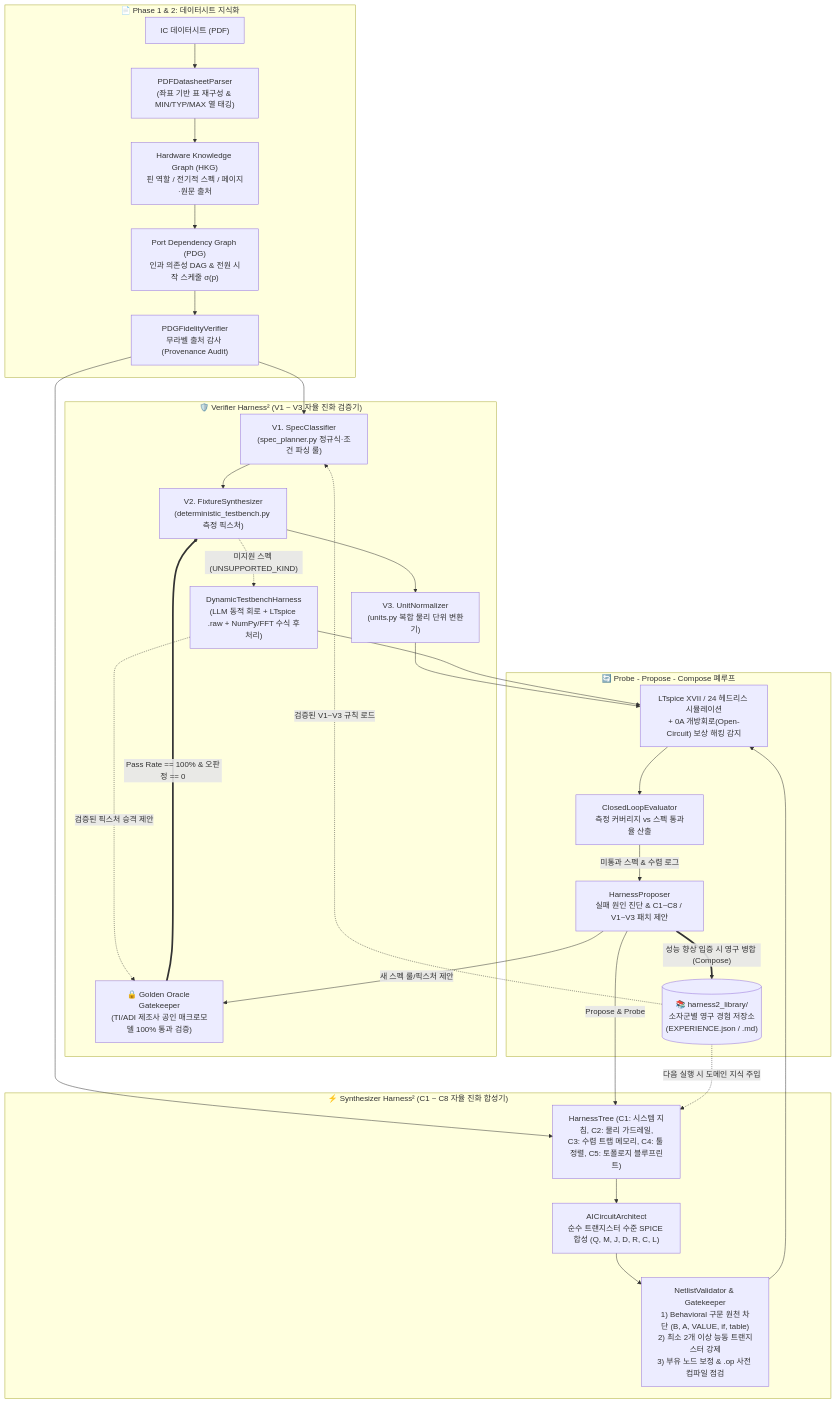
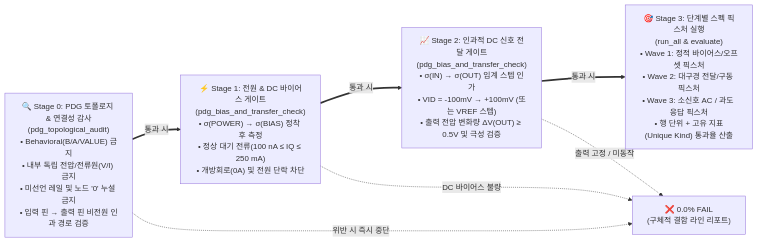
One commit to eethsc/analogverifier changed the diagram in README.md. Above: the diagram before and after it, drawn with Mermaid. The commit also changed other lines of this file and 5 other files, not shown here.

Commit message:
feat(verifier): enforce 4-stage PDG causal verification gate, fix netlist validator/blueprints, and update README

````diff
--- a/README.md
+++ b/README.md
@@ -35,50 +45,14 @@
 ```mermaid
-flowchart TB
-    subgraph Input["📄 Phase 1 & 2: 데이터시트 지식화"]
-        PDF["IC 데이터시트 (PDF)"] --> Parser["PDFDatasheetParser<br/>(좌표 기반 표 재구성 & MIN/TYP/MAX 열 태깅)"]
-        Parser --> HKG["Hardware Knowledge Graph (HKG)<br/>핀 역할 / 전기적 스펙 / 페이지·원문 출처"]
-        HKG --> PDG["Port Dependency Graph (PDG)<br/>인과 의존성 DAG & 전원 시작 스케줄 σ(p)"]
-        PDG --> Audit["PDGFidelityVerifier<br/>무라벨 출처 감사 (Provenance Audit)"]
-    end
+flowchart LR
+    S0["🔍 Stage 0: PDG 토폴로지 & 연결성 감사<br/>(pdg_topological_audit)<br/>• Behavioral(B/A/VALUE) 금지<br/>• 내부 독립 전압/전류원(V/I) 금지<br/>• 미선언 레일 및 노드 '0' 누설 금지<br/>• 입력 핀 → 출력 핀 비전원 인과 경로 검증"]
+    S1["⚡ Stage 1: 전원 & DC 바이어스 게이트<br/>(pdg_bias_and_transfer_check)<br/>• σ(POWER) → σ(BIAS) 정착 후 측정<br/>• 정상 대기 전류(100 nA ≤ IQ ≤ 250 mA)<br/>• 개방회로(0A) 및 전원 단락 차단"]
+    S2["📈 Stage 2: 인과적 DC 신호 전달 게이트<br/>(pdg_bias_and_transfer_check)<br/>• σ(IN) → σ(OUT) 임계 스텝 인가<br/>• VID = -100mV → +100mV (또는 VREF 스텝)<br/>• 출력 전압 변화량 ΔV(OUT) ≥ 0.5V 및 극성 검증"]
+    S3["🎯 Stage 3: 단계별 스펙 픽스처 실행<br/>(run_all & evaluate)<br/>• Wave 1: 정적 바이어스/오프셋 픽스처<br/>• Wave 2: 대구경 전달/구동 픽스처<br/>• Wave 3: 소신호 AC / 과도 응답 픽스처<br/>• 행 단위 + 고유 지표(Unique Kind) 통과율 산출"]
 
-    subgraph VerifierHarness["🛡️ Verifier Harness² (V1 ~ V3 자율 진화 검증기)"]
-        V1["V1. SpecClassifier<br/>(spec_planner.py 정규식·조건 파싱 룰)"]
-        V2["V2. FixtureSynthesizer<br/>(deterministic_testbench.py 측정 픽스처)"]
-        V3["V3. UnitNormalizer<br/>(units.py 복합 물리 단위 변환기)"]
-        DynTB["DynamicTestbenchHarness<br/>(LLM 동적 회로 + LTspice .raw + NumPy/FFT 수식 후처리)"]
-        Oracle["🔒 Golden Oracle Gatekeeper<br/>(TI/ADI 제조사 공인 매크로모델 100% 통과 검증)"]
-        
-        V1 --> V2 --> V3
-        V2 -.->|"미지원 스펙 (UNSUPPORTED_KIND)"| DynTB
-        DynTB -.->|"검증된 픽스처 승격 제안"| Oracle
-        Oracle ==>|"Pass Rate == 100% & 오판정 == 0"| V2
-    end
-
-    subgraph SynthHarness["⚡ Synthesizer Harness² (C1 ~ C8 자율 진화 합성기)"]
-        Tree["HarnessTree (C1: 시스템 지침, C2: 물리 가드레일,<br/>C3: 수렴 트랩 메모리, C4: 툴 정렬, C5: 토폴로지 블루프린트)"]
-        Arch["AICircuitArchitect<br/>순수 트랜지스터 수준 SPICE 합성 (Q, M, J, D, R, C, L)"]
-        Val["NetlistValidator & Gatekeeper<br/>1) Behavioral 구문 원천 차단 (B, A, VALUE, if, table)<br/>2) 최소 2개 이상 능동 트랜지스터 강제<br/>3) 부유 노드 보정 & .op 사전 컴파일 점검"]
-        
-        Tree --> Arch --> Val
-    end
-
-    subgraph Loop["🔄 Probe - Propose - Compose 폐루프"]
-        LTspice["LTspice XVII / 24 헤드리스 시뮬레이션<br/>+ 0A 개방회로(Open-Circuit) 보상 해킹 감지"]
-        Eval["ClosedLoopEvaluator<br/>측정 커버리지 vs 스펙 통과율 산출"]
-        Proposer["HarnessProposer<br/>실패 원인 진단 & C1~C8 / V1~V3 패치 제안"]
-        Lib[("📚 harness2_library/<br/>소자군별 영구 경험 저장소<br/>(EXPERIENCE.json / .md)")]
-    end
-
-    Audit --> V1
-    Audit --> Tree
-    Val --> LTspice
-    V3 --> LTspice
-    DynTB --> LTspice
-    LTspice --> Eval
-    Eval -->|"미통과 스펙 & 수렴 로그"| Proposer
-    Proposer -->|"Propose & Probe"| Tree
-    Proposer -->|"새 스펙 룰/픽스처 제안"| Oracle
-    Proposer ==>|"성능 향상 입증 시 영구 병합 (Compose)"| Lib
-    Lib -.->|"다음 실행 시 도메인 지식 주입"| Tree
-    Lib -.->|"검증된 V1~V3 규칙 로드"| V1
+    S0 ==>|"통과 시"| S1
+    S1 ==>|"통과 시"| S2
+    S2 ==>|"통과 시"| S3
+    S0 -.->|"위반 시 즉시 중단"| Fail["❌ 0.0% FAIL<br/>(구체적 결함 라인 리포트)"]
+    S1 -.->|"DC 바이어스 불량"| Fail
+    S2 -.->|"출력 고정 / 미동작"| Fail
 ```
````
